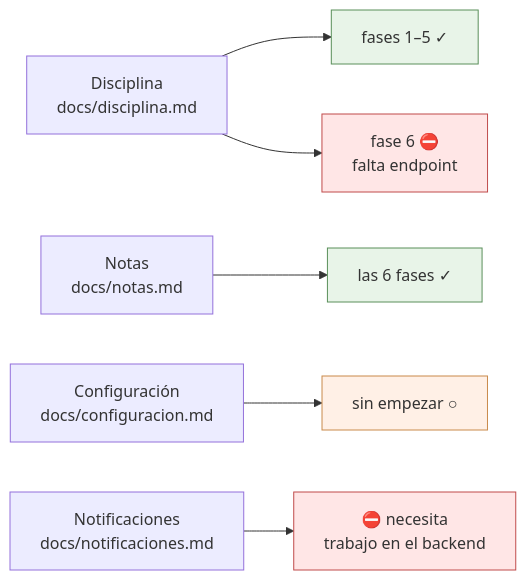
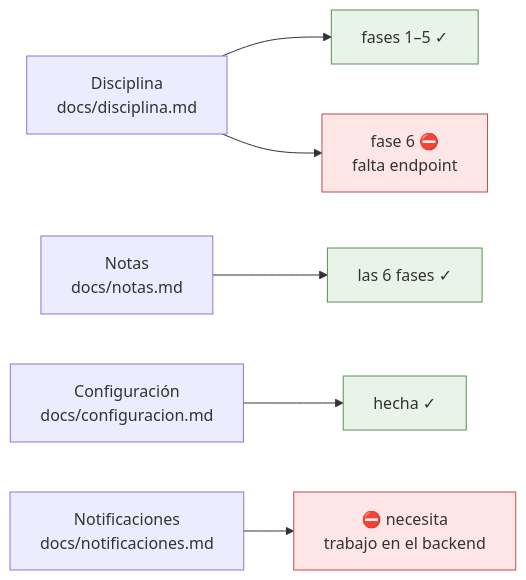
The diagram in docs/estado.md (bluesky777/myvc_flutter), drawn with Mermaid before and after one commit. The commit also changed other lines of this file and 7 other files, not shown here.

````diff
--- a/docs/estado.md
+++ b/docs/estado.md
@@ -11,14 +11,14 @@
 ```mermaid
 flowchart LR
     D["Disciplina<br/>docs/disciplina.md"] --> D5["fases 1–5 ✓"]
     D --> D6["fase 6 ⛔<br/>falta endpoint"]
     N["Notas<br/>docs/notas.md"] --> N4["las 6 fases ✓"]
-    C["Configuración<br/>docs/configuracion.md"] --> C0["sin empezar ○"]
+    C["Configuración<br/>docs/configuracion.md"] --> C0["hecha ✓"]
     P["Notificaciones<br/>docs/notificaciones.md"] --> P0["⛔ necesita<br/>trabajo en el backend"]
 
     style D5 fill:#e8f4e8,stroke:#5a8f5a
     style N4 fill:#e8f4e8,stroke:#5a8f5a
     style D6 fill:#ffe6e6,stroke:#c04b4b
     style P0 fill:#ffe6e6,stroke:#c04b4b
-    style C0 fill:#fff0e6,stroke:#c98a4b
+    style C0 fill:#e8f4e8,stroke:#5a8f5a
 ```
````
